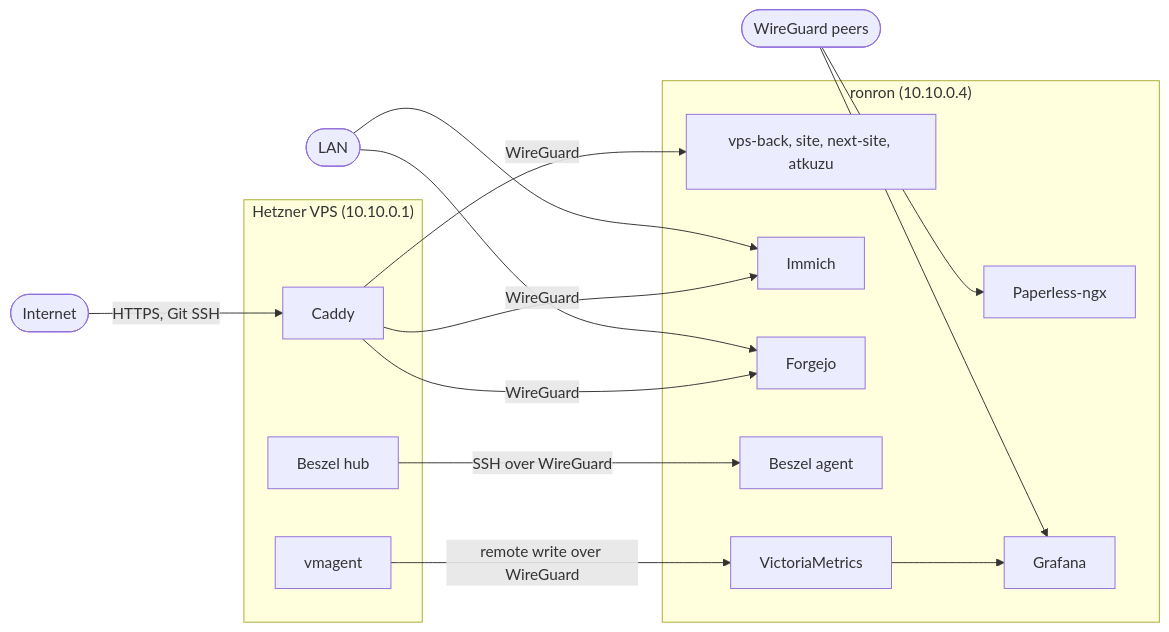
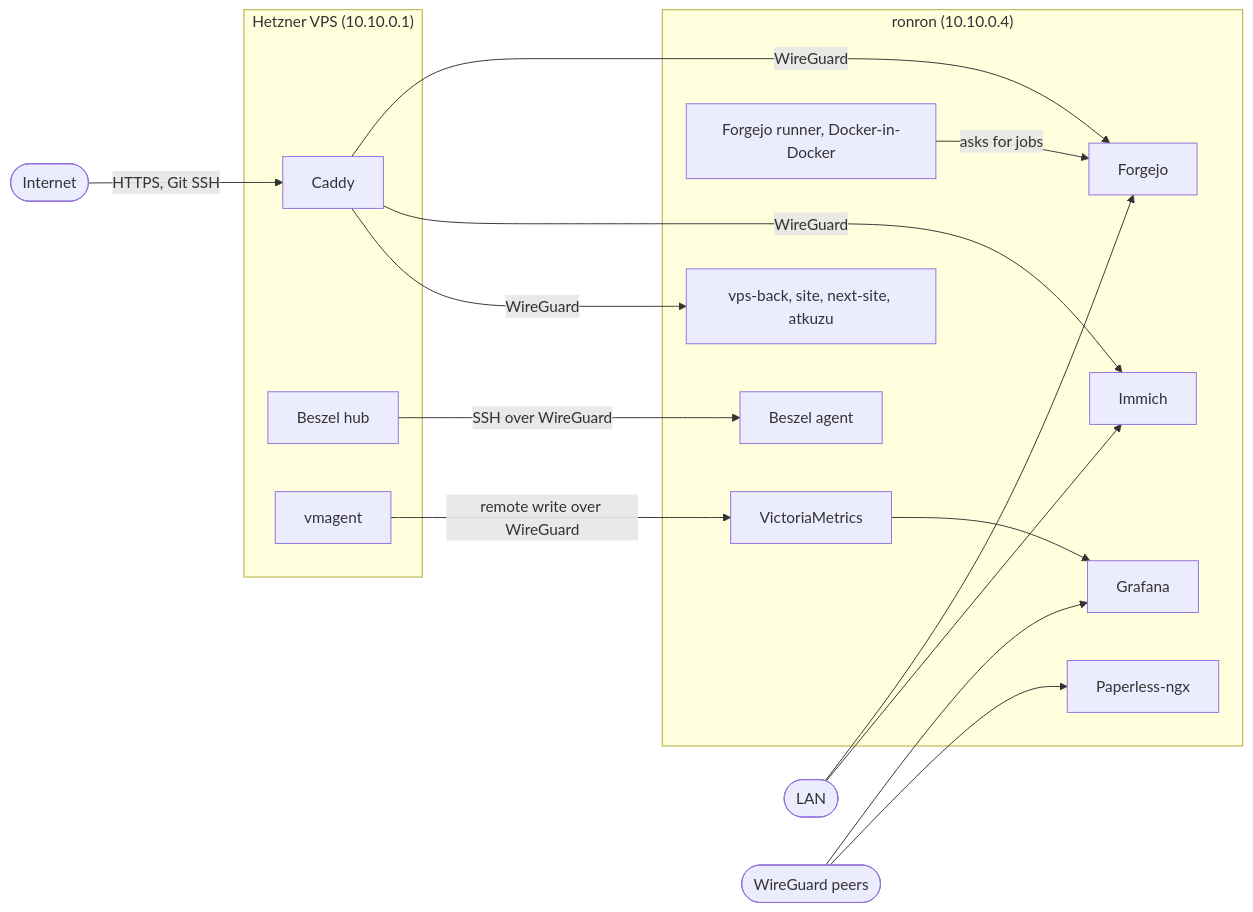
Before and after one commit to TomPlanche/ronron-docker: the diagram in README.md, drawn with Mermaid. The commit also changed other lines of this file and 5 other files, not shown here.

Commit message:
feat: Add a Forgejo Actions runner with its own Docker-in-Docker

````diff
--- a/README.md
+++ b/README.md
@@ -11,26 +11,28 @@
 ```mermaid
 flowchart LR
   subgraph vps ["Hetzner VPS (10.10.0.1)"]
     caddy[Caddy]
     hub[Beszel hub]
     vmagent[vmagent]
   end
 
   subgraph ronron ["ronron (10.10.0.4)"]
     apps["vps-back, site, next-site, atkuzu"]
     immich[Immich]
     forgejo[Forgejo]
+    runner["Forgejo runner, Docker-in-Docker"]
     paperless[Paperless-ngx]
     agent[Beszel agent]
     vm[VictoriaMetrics]
     grafana[Grafana]
   end
 
   internet([Internet]) -->|"HTTPS, Git SSH"| caddy
   lan([LAN]) --> immich & forgejo
   peers(["WireGuard peers"]) --> paperless & grafana
   caddy -->|WireGuard| apps & immich & forgejo
   hub -->|"SSH over WireGuard"| agent
   vmagent -->|"remote write over WireGuard"| vm
   vm --> grafana
+  runner -->|"asks for jobs"| forgejo
 ```
````
